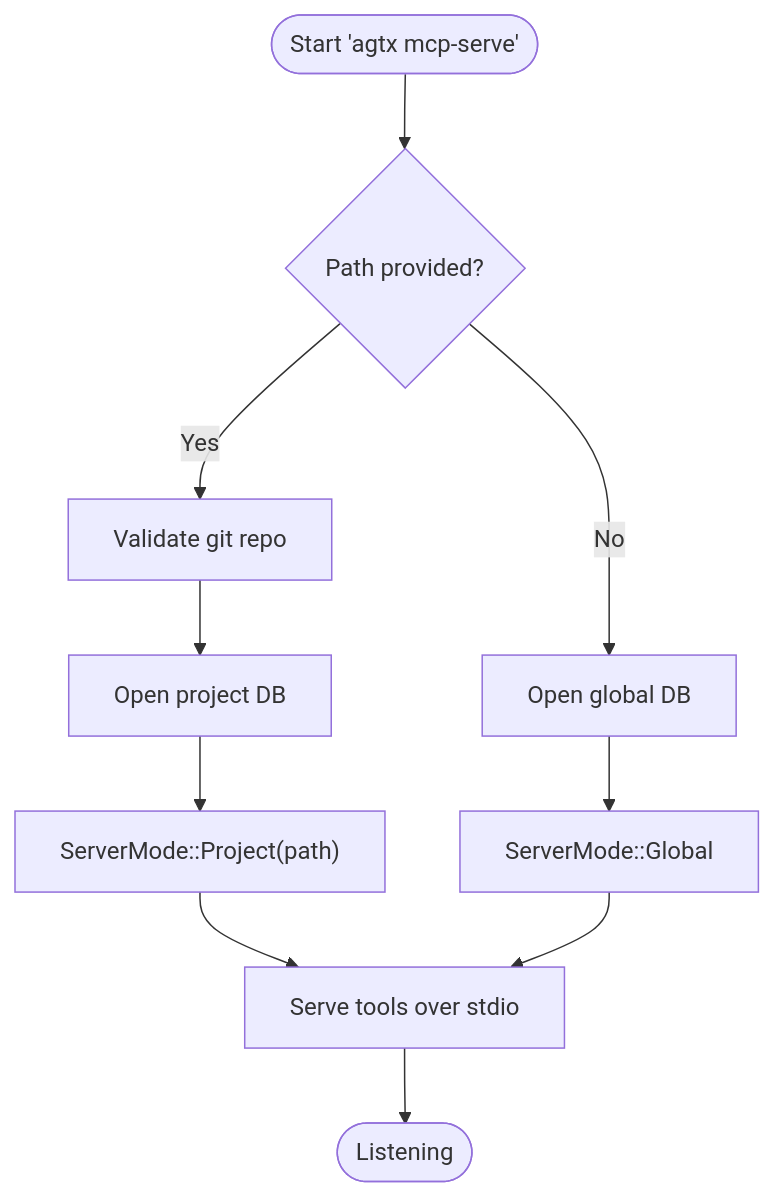
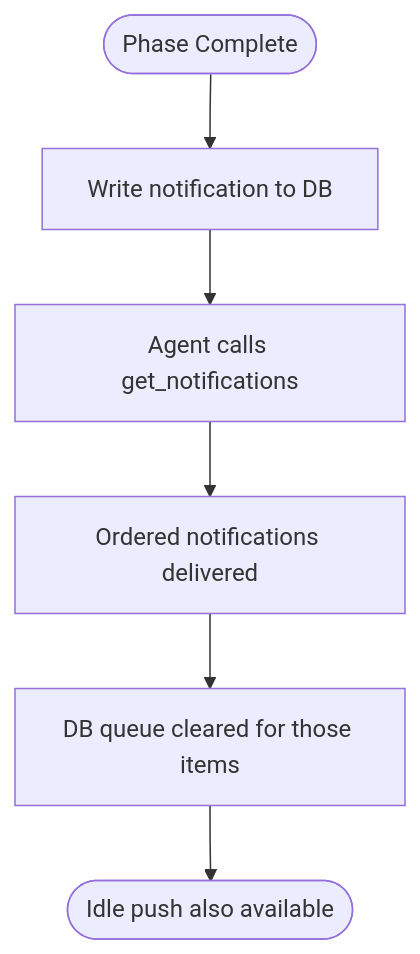
The third of 5 diagrams in .qoder/repowiki/en/content/MCP Server/MCP Server.md (bramburn/agtx), drawn with Mermaid before and after one commit. The commit also changed other lines of this file and 140 other files, not shown here.

````diff
--- a/.qoder/repowiki/en/content/MCP Server/MCP Server.md
+++ b/.qoder/repowiki/en/content/MCP Server/MCP Server.md
@@ -151,12 +255,8 @@
 ```mermaid
 flowchart TD
-Start(["Start 'agtx mcp-serve'"]) --> HasPath{"Path provided?"}
-HasPath --> |Yes| Validate["Validate git repo"]
-Validate --> OpenProj["Open project DB"]
-OpenProj --> ModeProj["ServerMode::Project(path)"]
-HasPath --> |No| OpenGlobal["Open global DB"]
-OpenGlobal --> ModeGlobal["ServerMode::Global"]
-ModeProj --> Serve["Serve tools over stdio"]
-ModeGlobal --> Serve
-Serve --> End(["Listening"])
+Start(["Phase Complete"]) --> Write["Write notification to DB"]
+Write --> Consume["Agent calls get_notifications"]
+Consume --> Delivered["Ordered notifications delivered"]
+Delivered --> Clear["DB queue cleared for those items"]
+Clear --> End(["Idle push also available"])
 ```
````
